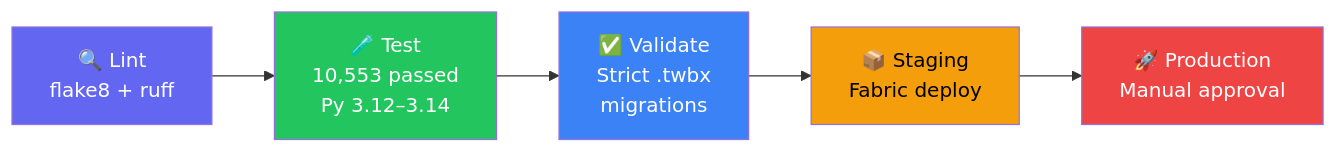
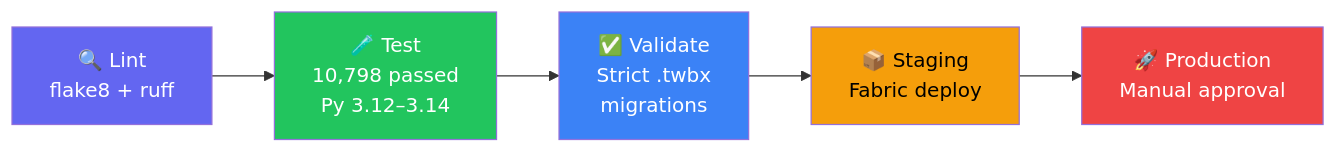
The fifth of 5 diagrams in README.md (cyphou/TableauToPowerBI), drawn with Mermaid before and after one commit. The commit also changed other lines of this file and 78 other files, not shown here.

````diff
--- a/README.md
+++ b/README.md
@@ -932,13 +938,13 @@
 ```mermaid
 flowchart LR
-    L["🔍 Lint\nflake8 + ruff"] --> T["🧪 Test\n10,553 passed\nPy 3.12–3.14"]
+    L["🔍 Lint\nflake8 + ruff"] --> T["🧪 Test\n10,798 passed\nPy 3.12–3.14"]
     T --> V["✅ Validate\nStrict .twbx\nmigrations"]
     V --> S["📦 Staging\nFabric deploy"]
     S --> P["🚀 Production\nManual approval"]
     
     style L fill:#6366f1,color:#fff
     style T fill:#22c55e,color:#fff
     style V fill:#3b82f6,color:#fff
     style S fill:#f59e0b,color:#000
     style P fill:#ef4444,color:#fff
 ```
````
